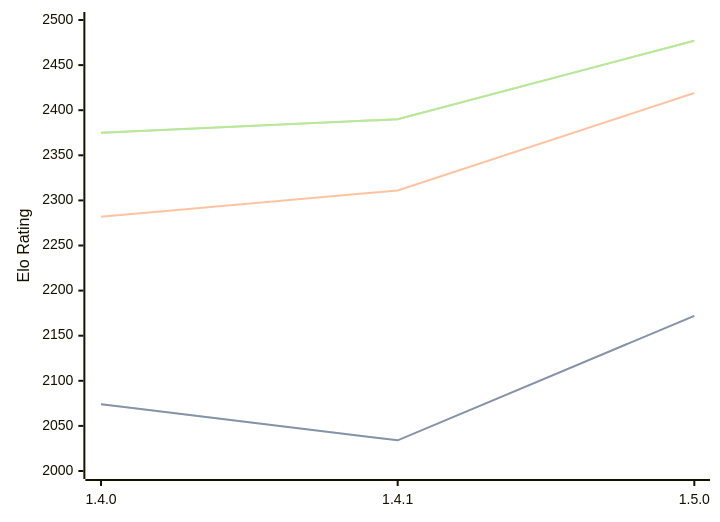
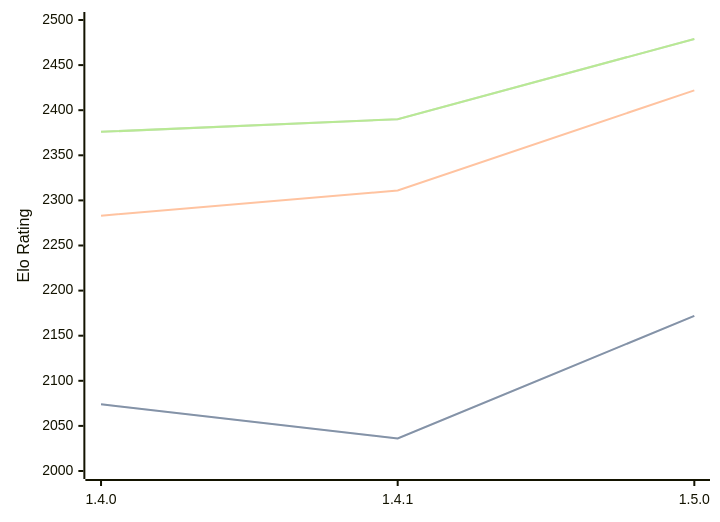
The first of 3 diagrams in engines/Tofiks.md (computer-chess-index/cci), drawn with Mermaid before and after one commit. The commit also changed other lines of this file, not shown here.

Commit message:
Update CCI Ratings (ELO VLTC) - 2026-07-08

````diff
--- a/engines/Tofiks.md
+++ b/engines/Tofiks.md
@@ -37,11 +37,11 @@
 ```mermaid
 %%{init: {"theme":"base","themeVariables":{"seriesColors:['#a3a3a3','#222221','#faa371']}}}%%
 xychart-beta
   x-axis ["1.4.0", "1.4.1", "1.5.0"]
   y-axis "Elo Rating" 2000 --> 2500
-  line "STC (8.0+0.08s)" [2074, 2034, 2172]
-  line "STC (8.0+0.08s)" [2074, 2034, 2172]
-  line "LTC (60.0+0.60s)" [2282, 2311, 2419]
-  line "VLTC (2m24s+1.12s)" [2375, 2390, 2477]
-  line "VLTC (2m24s+1.12s)" [2375, 2390, 2477]
+  line "STC (8.0+0.08s)" [2074, 2036, 2172]
+  line "STC (8.0+0.08s)" [2074, 2036, 2172]
+  line "LTC (60.0+0.60s)" [2283, 2311, 2422]
+  line "VLTC (2m24s+1.12s)" [2376, 2390, 2479]
+  line "VLTC (2m24s+1.12s)" [2376, 2390, 2479]
 ```
````
